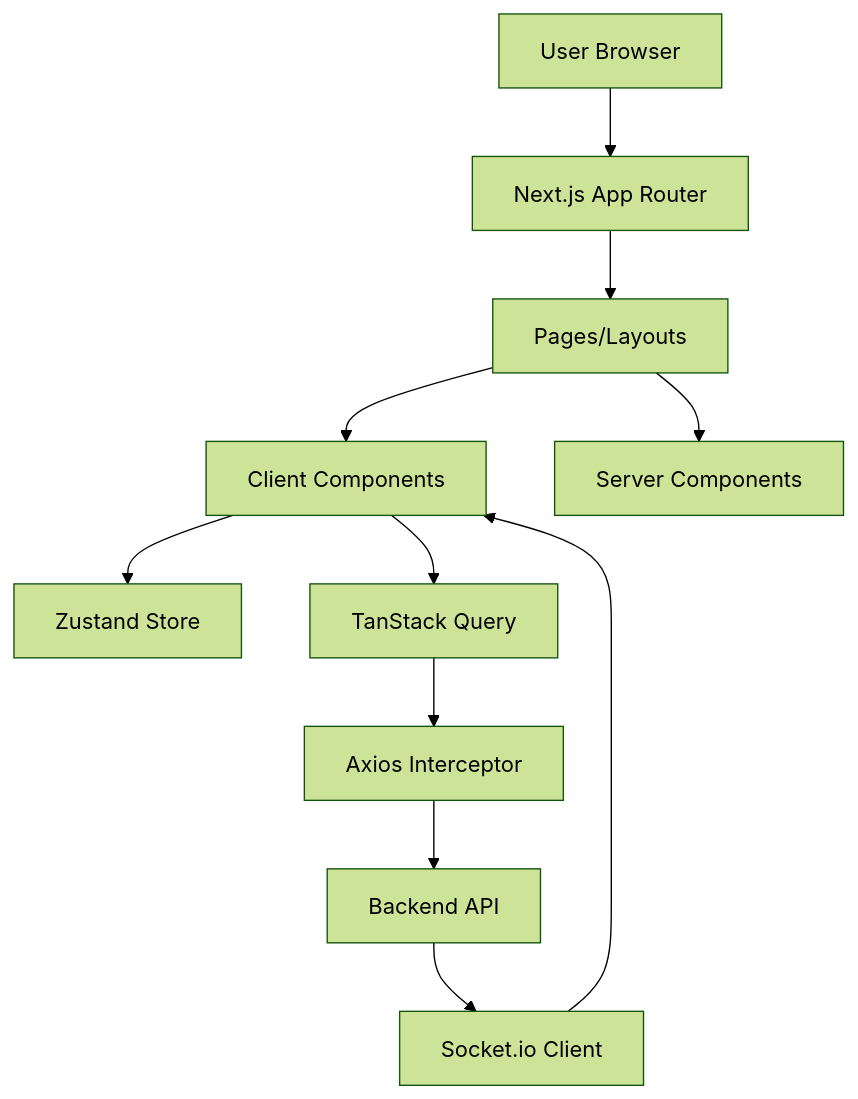
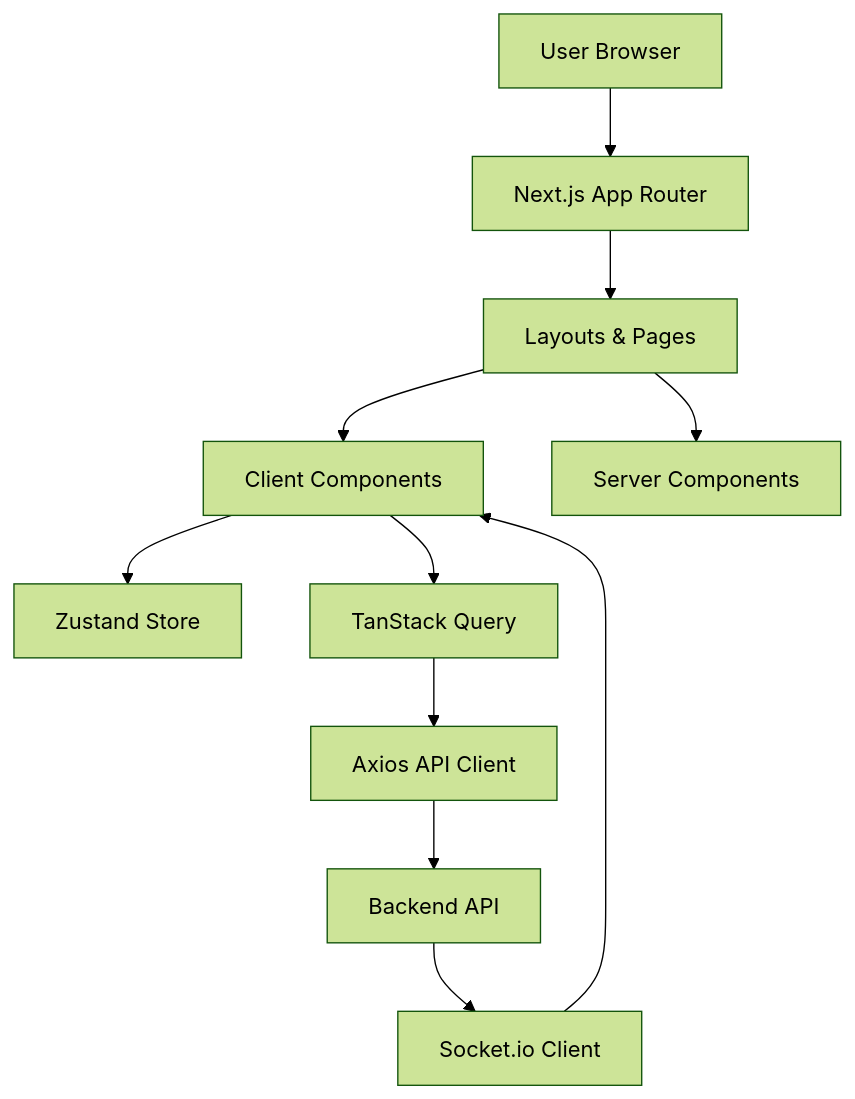
One commit to tendocalvin1/RemoteFlex changed the first of 5 diagrams in RemoteFlex_Documentation.md. Above: the diagram before and after it, drawn with Mermaid (forest theme). The commit also changed other lines of this file and 1 other file, not shown here.

````diff
--- a/RemoteFlex_Documentation.md
+++ b/RemoteFlex_Documentation.md
@@ -98,13 +88,13 @@
 ```mermaid
 graph TD
     A[User Browser] --> B[Next.js App Router]
-    B --> C[Pages/Layouts]
+    B --> C[Layouts & Pages]
     C --> D[Client Components]
     C --> E[Server Components]
     D --> F[Zustand Store]
     D --> G[TanStack Query]
-    G --> H[Axios Interceptor]
+    G --> H[Axios API Client]
     H --> I[Backend API]
     I --> J[Socket.io Client]
     J --> D
 ```
````
